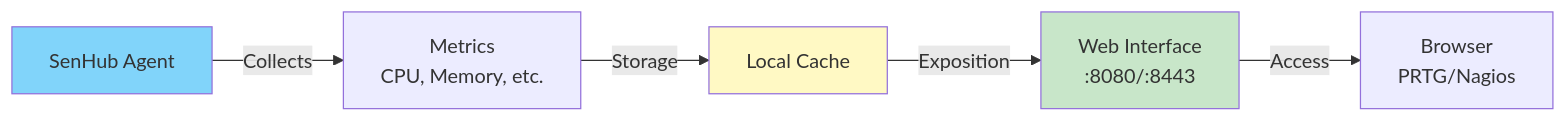
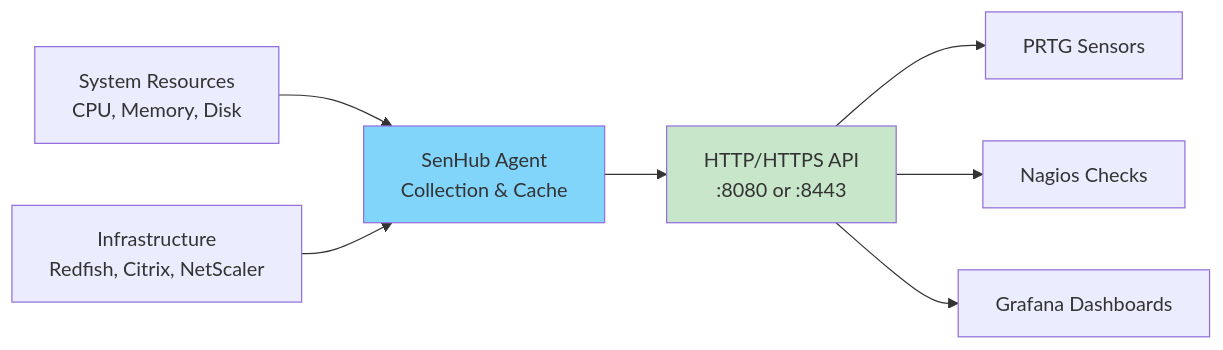
The diagram in docs/user-guide/INSTALLATION.md (senhub-io/senhub-agent), drawn with Mermaid before and after one commit. The commit also changed other lines of this file and 7 other files, not shown here.

````diff
--- a/docs/user-guide/INSTALLATION.md
+++ b/docs/user-guide/INSTALLATION.md
@@ -31,11 +26,12 @@
 ```mermaid
 graph LR
-    A[SenHub Agent] -->|Collects| B[Metrics<br/>CPU, Memory, etc.]
-    B -->|Storage| C[Local Cache]
-    C -->|Exposition| D[Web Interface<br/>:8080/:8443]
-    D -->|Access| E[Browser<br/>PRTG/Nagios]
+    SYS[System Resources<br/>CPU, Memory, Disk] --> AGENT[SenHub Agent<br/>Collection & Cache]
+    INFRA[Infrastructure<br/>Redfish, Citrix, NetScaler] --> AGENT
+    AGENT --> API[HTTP/HTTPS API<br/>:8080 or :8443]
+    API --> PRTG[PRTG Sensors]
+    API --> NAGIOS[Nagios Checks]
+    API --> GRAFANA[Grafana Dashboards]
 
-    style A fill:#81d4fa
-    style C fill:#fff9c4
-    style D fill:#c8e6c9
+    style AGENT fill:#81d4fa
+    style API fill:#c8e6c9
 ```
````
